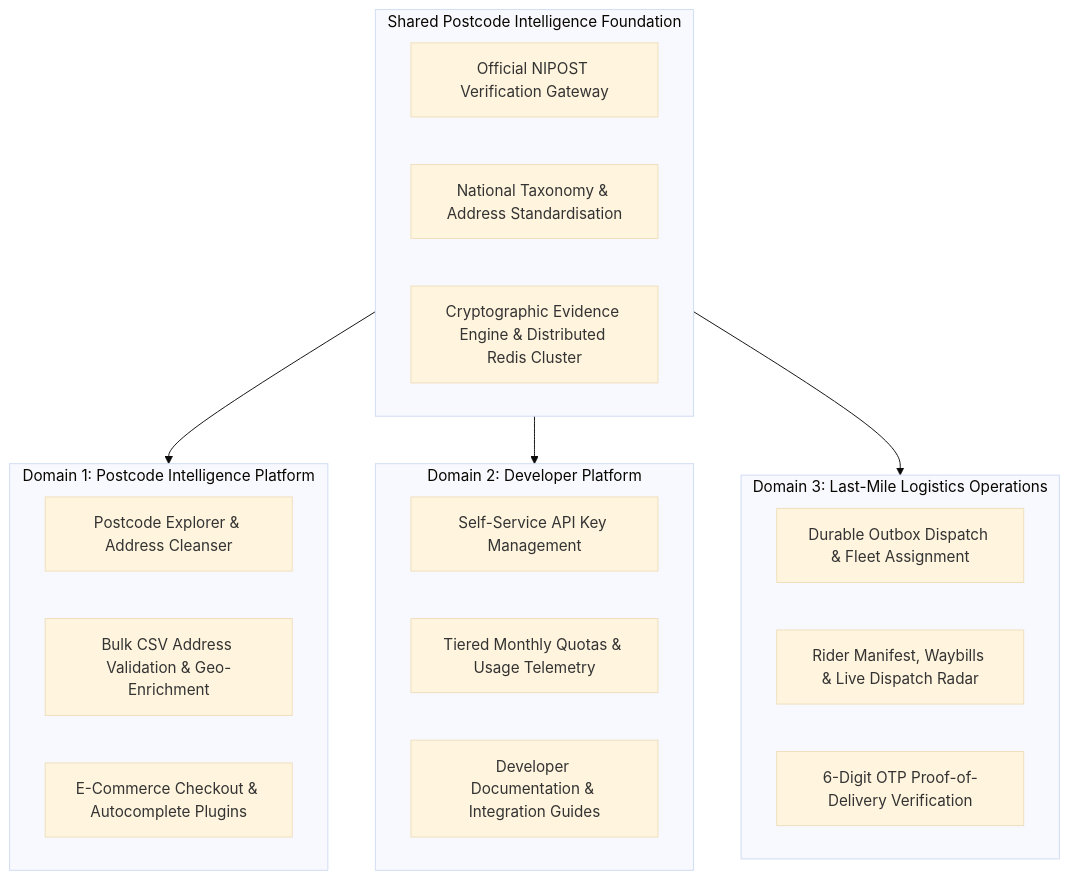
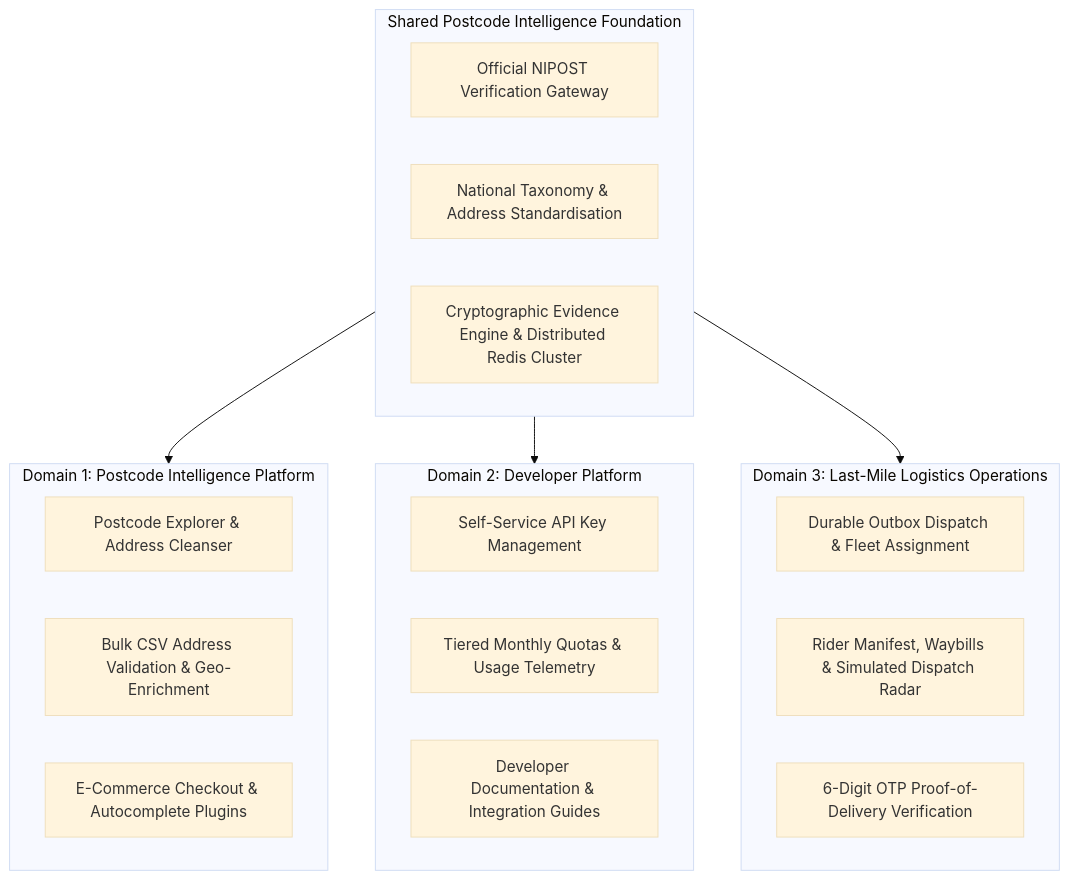
One commit to gsimeon/postcodelink changed the diagram in README.md. Above: the diagram before and after it, drawn with Mermaid (base theme). The commit also changed other lines of this file, not shown here.

Commit message:
docs(readme): distinguish live order status from simulated dispatch radar

````diff
--- a/README.md
+++ b/README.md
@@ -20,30 +20,30 @@
 ```mermaid
 graph TD
     subgraph Foundation [Shared Postcode Intelligence Foundation]
         NIPOST[Official NIPOST Verification Gateway]
         TAX[National Taxonomy & Address Standardisation]
         SEC[Cryptographic Evidence Engine & Distributed Redis Cluster]
     end
 
     subgraph Domain1 [Domain 1: Postcode Intelligence Platform]
         POSTCODE_SEARCH[Postcode Explorer & Address Cleanser]
         BULK_VALIDATE[Bulk CSV Address Validation & Geo-Enrichment]
         CHECKOUT_SDK[E-Commerce Checkout & Autocomplete Plugins]
     end
 
     subgraph Domain2 [Domain 2: Developer Platform]
         API_KEYS[Self-Service API Key Management]
         QUOTAS[Tiered Monthly Quotas & Usage Telemetry]
         DOCS[Developer Documentation & Integration Guides]
     end
 
     subgraph Domain3 [Domain 3: Last-Mile Logistics Operations]
         ORDER_DISP[Durable Outbox Dispatch & Fleet Assignment]
-        COURIER_APP[Rider Manifest, Waybills & Live Dispatch Radar]
+        COURIER_APP[Rider Manifest, Waybills & Simulated Dispatch Radar]
         POD[6-Digit OTP Proof-of-Delivery Verification]
     end
 
     Foundation --> Domain1
     Foundation --> Domain2
     Foundation --> Domain3
 ```
````
